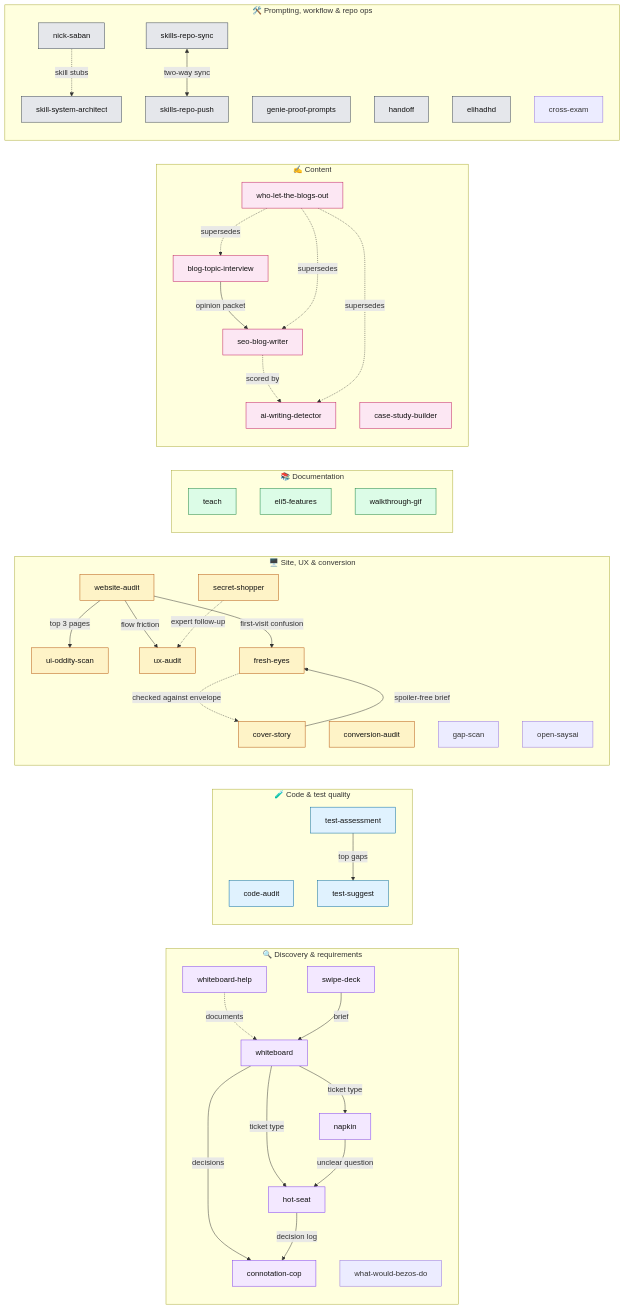
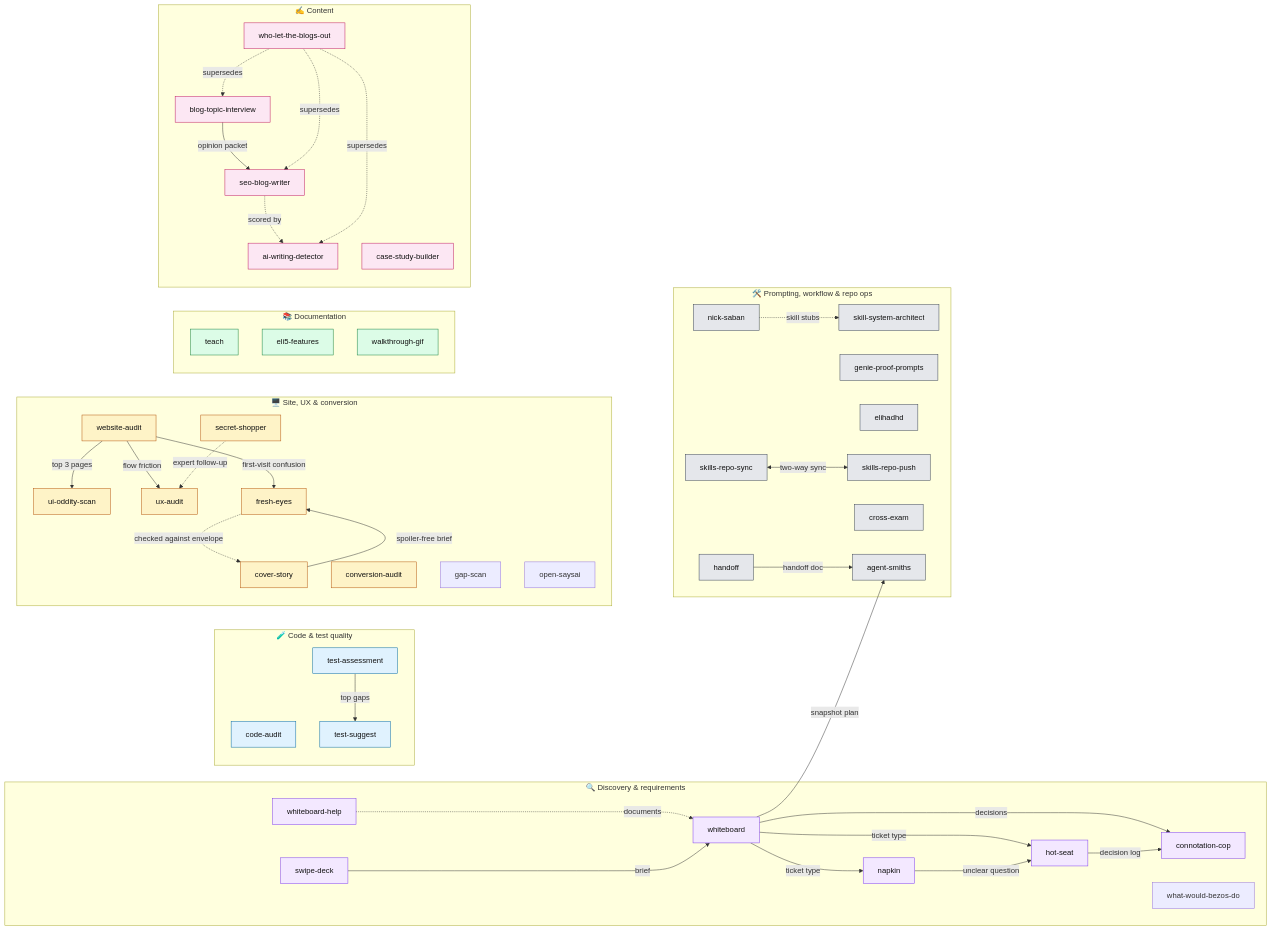
One commit to Theycallmeholla/skills changed the diagram in README.md. Above: the diagram before and after it, drawn with Mermaid. The commit also changed other lines of this file and 5 other files, not shown here.

First line of the commit message:
Add agent-smiths skill

````diff
--- a/README.md
+++ b/README.md
@@ -98,6 +98,7 @@
         SRS[skills-repo-sync]
         SRP[skills-repo-push]
         CX[cross-exam]
+        AS[agent-smiths]
     end
 
     WB -->|ticket type| HS
@@ -124,6 +125,8 @@
     WLT -.supersedes.-> AID
 
     NS -.->|skill stubs| SSA
+    WB -->|snapshot plan| AS
+    HO -->|handoff doc| AS
     SRS <-->|two-way sync| SRP
 
     classDef disc fill:#f3e8ff,stroke:#7c3aed,color:#111
@@ -137,5 +140,5 @@
     class WA,UX1,UO,CV,FE,CS,SS ux
     class TE,EL,WG doc
     class WLT,BTI,SEO,AID,CSB cont
-    class NS,SSA,GPP,HO,EA,SRS,SRP meta
+    class NS,SSA,GPP,HO,EA,SRS,SRP,CX,AS meta
 ```
````
